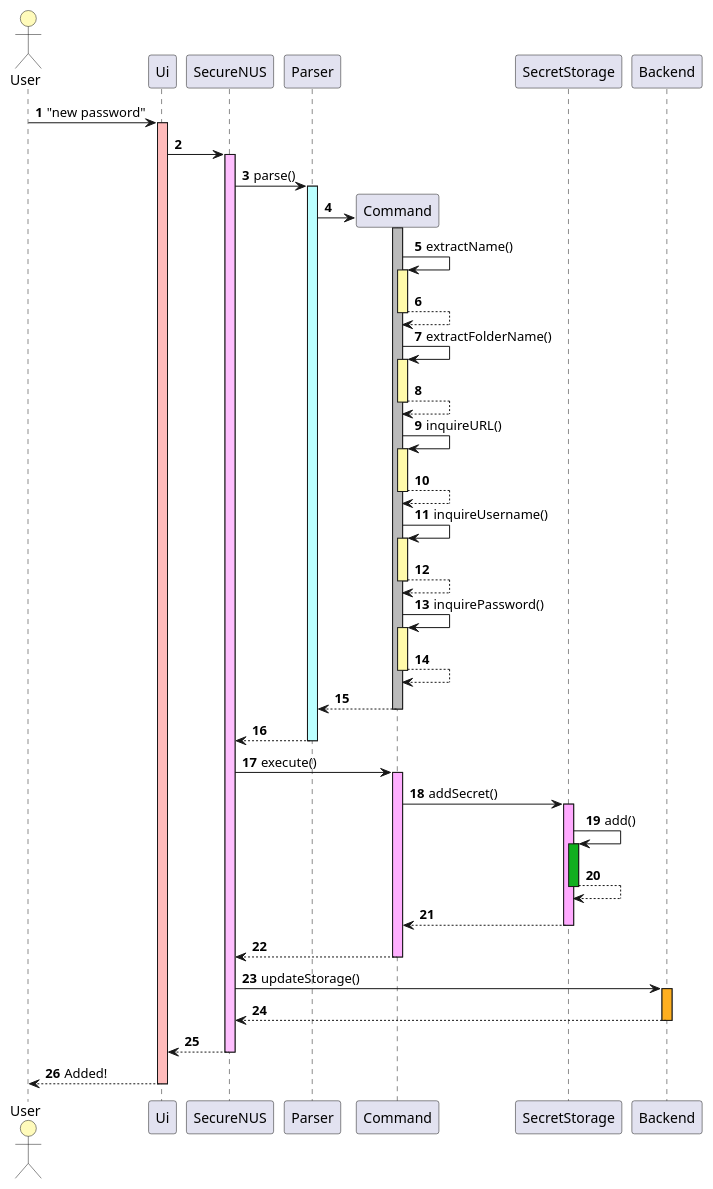
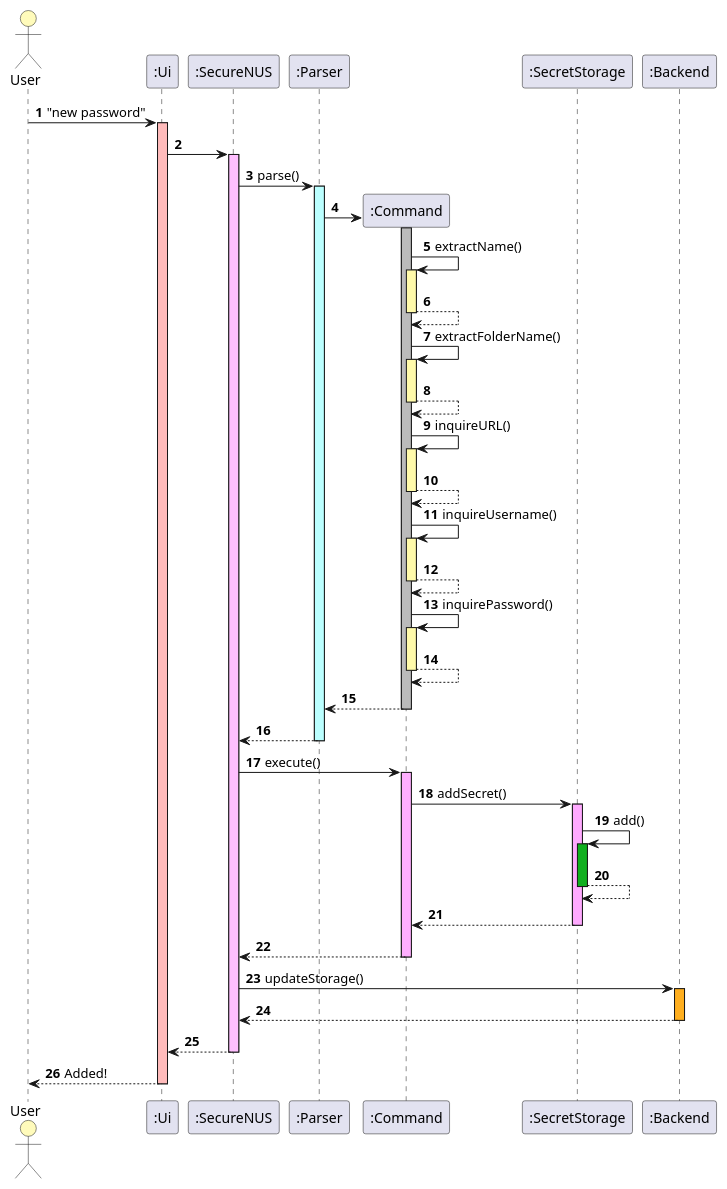
One commit to stevenantya/tp changed the diagram in docs/UML/NewBasicPassword.puml. Above: the diagram before and after it, drawn with PlantUML.

Commit message:
Add colon in sequence diagram to represent class

```diff
--- a/docs/UML/NewBasicPassword.puml
+++ b/docs/UML/NewBasicPassword.puml
@@ -2,36 +2,36 @@
 @startuml
 'https://plantuml.com/sequence-diagram
 
 autonumber
 autoactivate on
 
 actor User #FFFBBB
-User-> Ui #FFBBBB: "new password"
-Ui -> SecureNUS #FFBFFF
-SecureNUS -> Parser#BBFFFF: parse()
-Parser -> Command **
-activate Command#BBB
-Command-> Command#FFFAAA:extractName()
+User-> ":Ui" #FFBBBB: "new password"
+":Ui" -> ":SecureNUS" #FFBFFF
+":SecureNUS" -> ":Parser"#BBFFFF: parse()
+":Parser" -> ":Command" **
+activate ":Command"#BBB
+":Command"-> ":Command"#FFFAAA:extractName()
 return
-Command-> Command#FFFAAA:extractFolderName()
+":Command"-> ":Command"#FFFAAA:extractFolderName()
 return
-Command-> Command#FFFAAA:inquireURL()
+":Command"-> ":Command"#FFFAAA:inquireURL()
 return
-Command-> Command#FFFAAA:inquireUsername()
+":Command"-> ":Command"#FFFAAA:inquireUsername()
 return
-Command-> Command#FFFAAA:inquirePassword()
+":Command"-> ":Command"#FFFAAA:inquirePassword()
 return
 return
 return
-SecureNUS -> Command#FFAFFF:execute()
-Command -> SecretStorage#FFAAFF:addSecret()
-SecretStorage -> SecretStorage#11AF1F:add()
+":SecureNUS" -> ":Command"#FFAFFF:execute()
+":Command" -> ":SecretStorage"#FFAAFF:addSecret()
+":SecretStorage" -> ":SecretStorage"#11AF1F:add()
 return
 
 return
 return
-SecureNUS -> Backend#FFAF1F:updateStorage()
+":SecureNUS" -> ":Backend"#FFAF1F:updateStorage()
 return
 return
 return Added!
 @enduml
```
